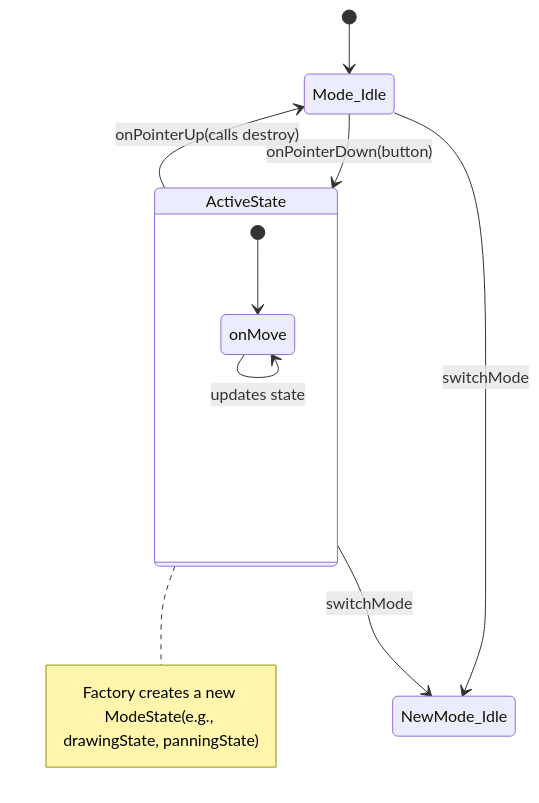
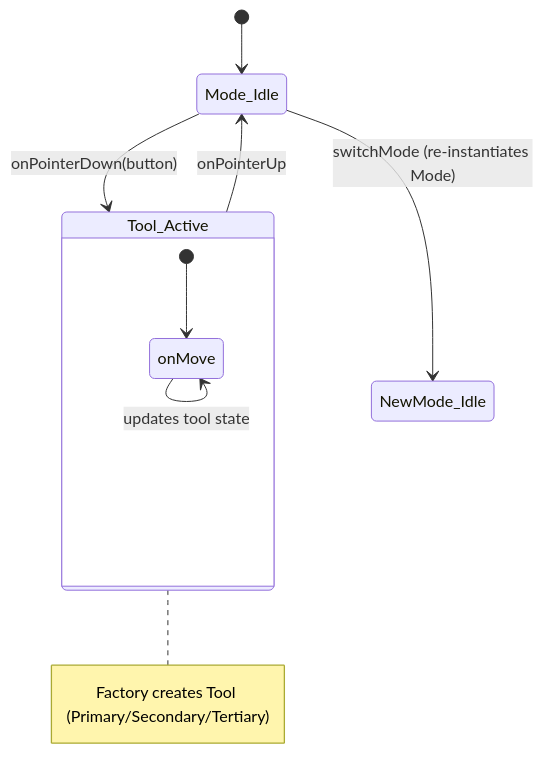
One commit to RedthMC/motion-whiteboard changed the second of 2 diagrams in README.md. Above: the diagram before and after it, drawn with Mermaid. The commit also changed other lines of this file and 7 other files, not shown here.

Commit message:
tool and mode refactor

````diff
--- a/README.md
+++ b/README.md
@@ -48,17 +51,16 @@
 ```mermaid
 stateDiagram-v2
     [*] --> Mode_Idle
     
-    Mode_Idle --> ActiveState : onPointerDown(button)
-    note right of ActiveState : Factory creates a new ModeState(e.g., drawingState, panningState)
+    Mode_Idle --> Tool_Active : onPointerDown(button)
+    note right of Tool_Active : Factory creates Tool (Primary/Secondary/Tertiary)
     
-    state ActiveState {
+    state Tool_Active {
         [*] --> onMove
-        onMove --> onMove : updates state
+        onMove --> onMove : updates tool state
     }
     
-    ActiveState --> Mode_Idle : onPointerUp(calls destroy)
+    Tool_Active --> Mode_Idle : onPointerUp
     
-    Mode_Idle --> NewMode_Idle : switchMode
-    ActiveState --> NewMode_Idle : switchMode
+    Mode_Idle --> NewMode_Idle : switchMode (re-instantiates Mode)
 ```
````
